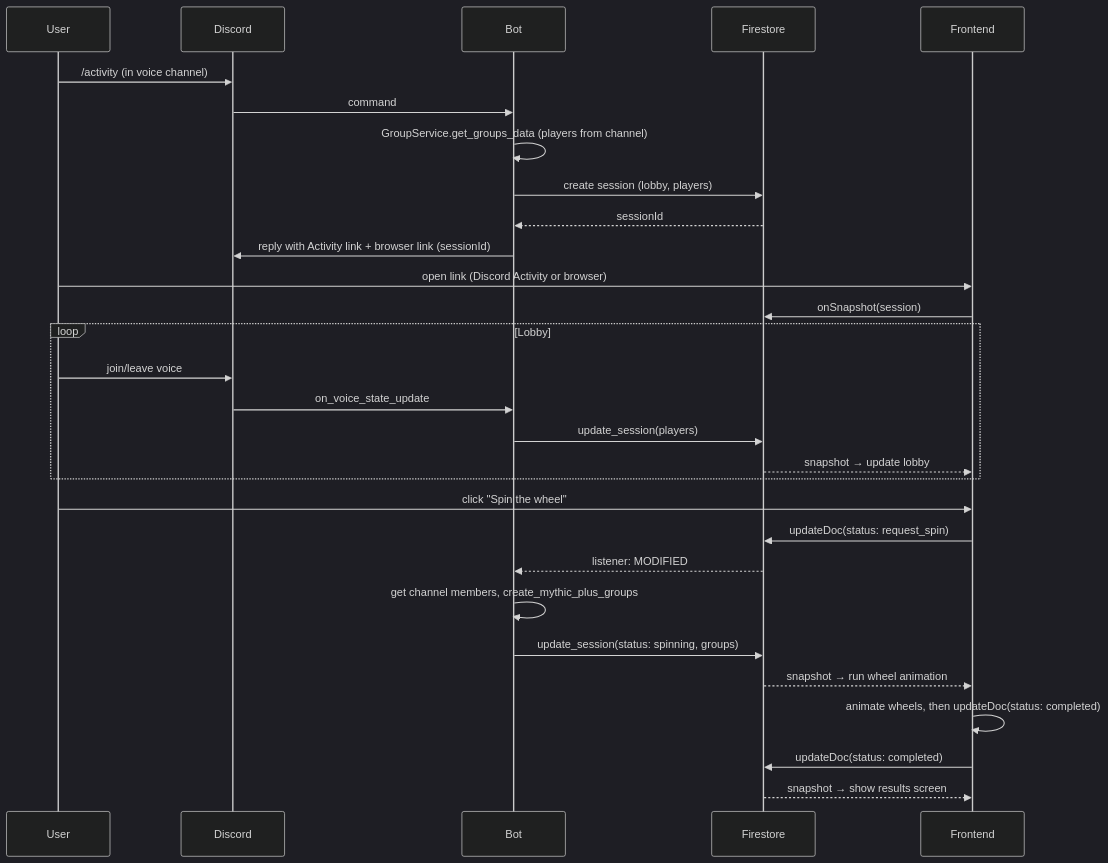
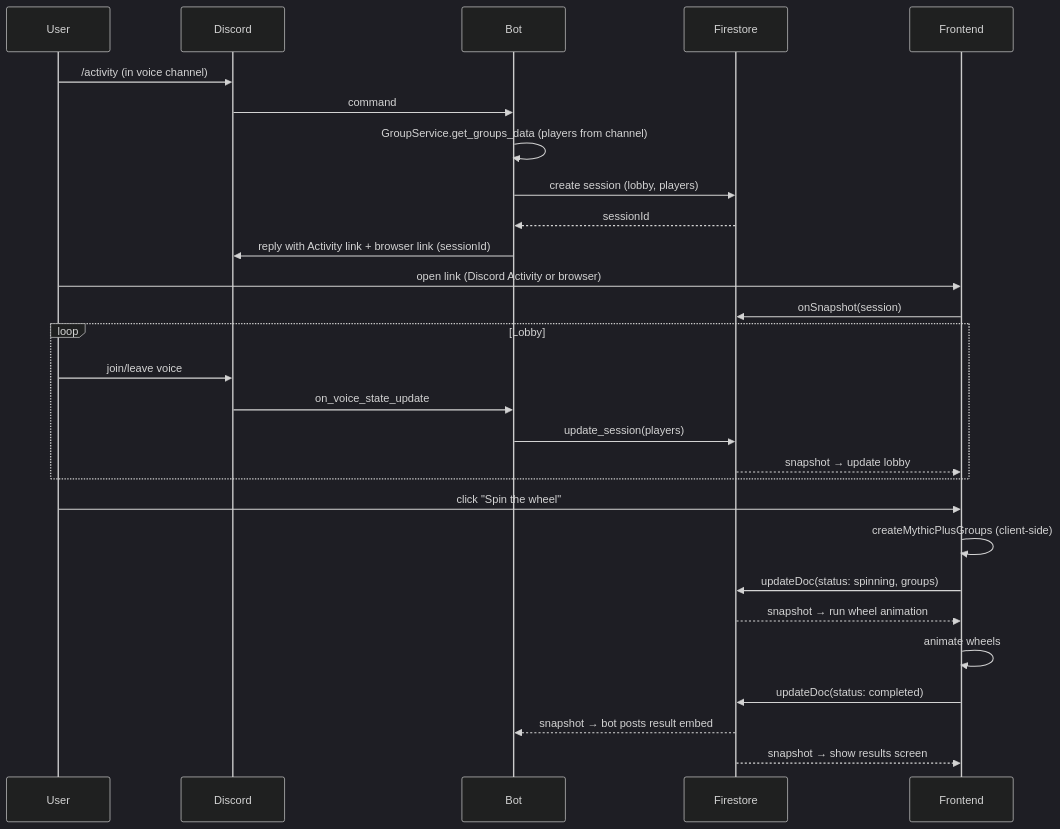
One commit to TytaniumDev/MythicPlusDiscordBot changed the fourth of 5 diagrams in ARCHITECTURE.md. Above: the diagram before and after it, drawn with Mermaid (dark theme). The commit also changed other lines of this file, not shown here.

First line of the commit message:
docs(architecture): correct Activity spin flow and stale file references

````diff
--- a/ARCHITECTURE.md
+++ b/ARCHITECTURE.md
@@ -208,34 +208,33 @@
 ```mermaid
 sequenceDiagram
     participant User
     participant Discord
     participant Bot
     participant Firestore
     participant Frontend
 
     User->>Discord: /activity (in voice channel)
     Discord->>Bot: command
     Bot->>Bot: GroupService.get_groups_data (players from channel)
     Bot->>Firestore: create session (lobby, players)
     Firestore-->>Bot: sessionId
     Bot->>Discord: reply with Activity link + browser link (sessionId)
     User->>Frontend: open link (Discord Activity or browser)
     Frontend->>Firestore: onSnapshot(session)
 
     loop Lobby
         User->>Discord: join/leave voice
         Discord->>Bot: on_voice_state_update
         Bot->>Firestore: update_session(players)
         Firestore-->>Frontend: snapshot → update lobby
     end
 
     User->>Frontend: click "Spin the wheel"
-    Frontend->>Firestore: updateDoc(status: request_spin)
-    Firestore-->>Bot: listener: MODIFIED
-    Bot->>Bot: get channel members, create_mythic_plus_groups
-    Bot->>Firestore: update_session(status: spinning, groups)
+    Frontend->>Frontend: createMythicPlusGroups (client-side)
+    Frontend->>Firestore: updateDoc(status: spinning, groups)
     Firestore-->>Frontend: snapshot → run wheel animation
-    Frontend->>Frontend: animate wheels, then updateDoc(status: completed)
+    Frontend->>Frontend: animate wheels
     Frontend->>Firestore: updateDoc(status: completed)
+    Firestore-->>Bot: snapshot → bot posts result embed
     Firestore-->>Frontend: snapshot → show results screen
 ```
````
